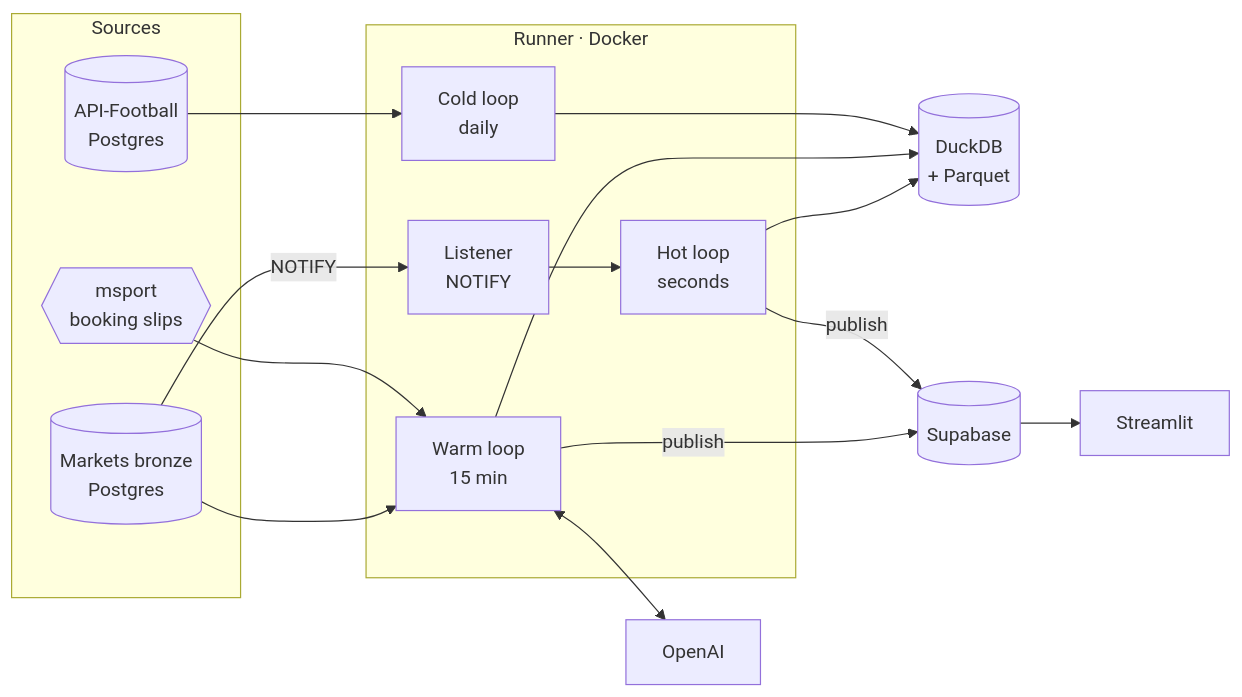
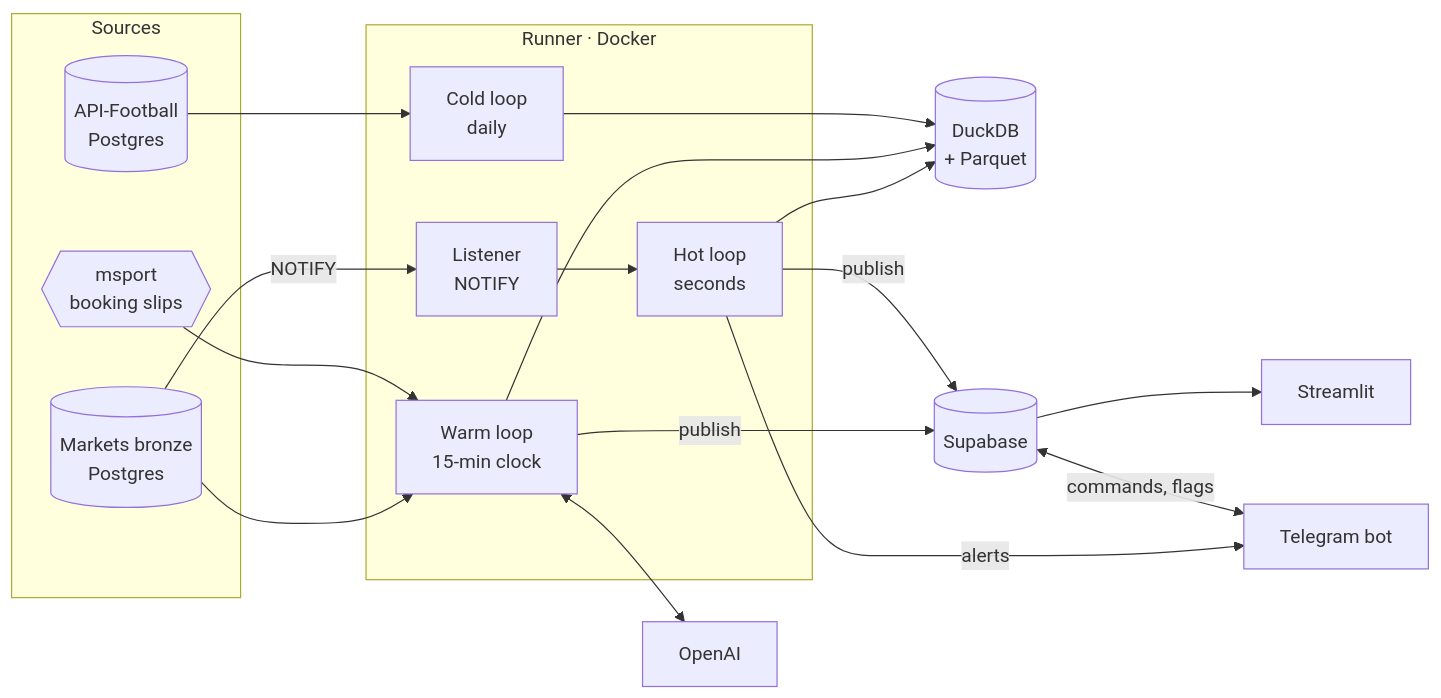
One commit to bankijey/arbibet-capstone changed the first of 2 diagrams in README.md. Above: the diagram before and after it, drawn with Mermaid. The commit also changed other lines of this file and 6 other files, not shown here.

Commit message:
Telegram: alert lag from bronze write time; long-poll timeouts are not errors. README: bot, fixed-clock warm loop, networking

````diff
--- a/README.md
+++ b/README.md
@@ -31,30 +33,33 @@
 ```mermaid
 flowchart LR
   subgraph SRC[Sources]
     bronze[(Markets bronze<br/>Postgres)]
     hist[(API-Football<br/>Postgres)]
     slips{{msport<br/>booking slips}}
   end
   subgraph RUN[Runner · Docker]
     listen[Listener<br/>NOTIFY]
     hot[Hot loop<br/>seconds]
-    warm[Warm loop<br/>15 min]
+    warm[Warm loop<br/>15-min clock]
     cold[Cold loop<br/>daily]
   end
   duck[(DuckDB<br/>+ Parquet)]
   ai[OpenAI]
   sb[(Supabase)]
   st[Streamlit]
+  tg[Telegram bot]
 
   bronze -- NOTIFY --> listen --> hot
   bronze --> warm
   slips --> warm
   hist --> cold
   hot --> duck
   warm --> duck
   cold --> duck
   warm <--> ai
   warm -- publish --> sb
   hot -- publish --> sb
   sb --> st
+  hot -- alerts --> tg
+  sb <-- commands, flags --> tg
 ```
````
